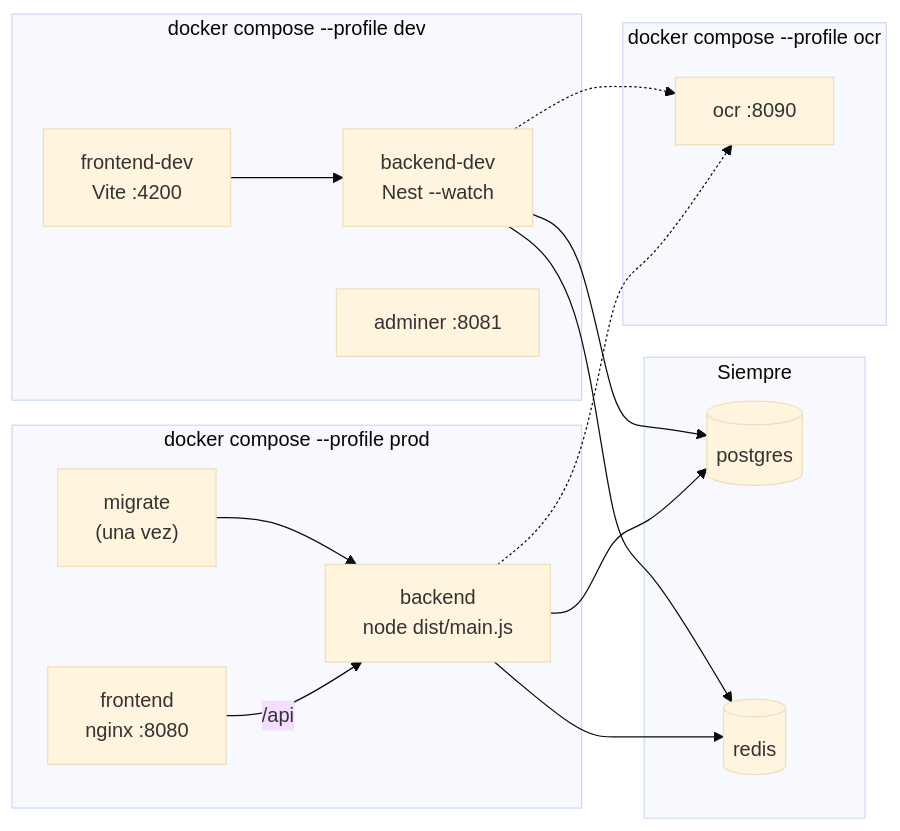
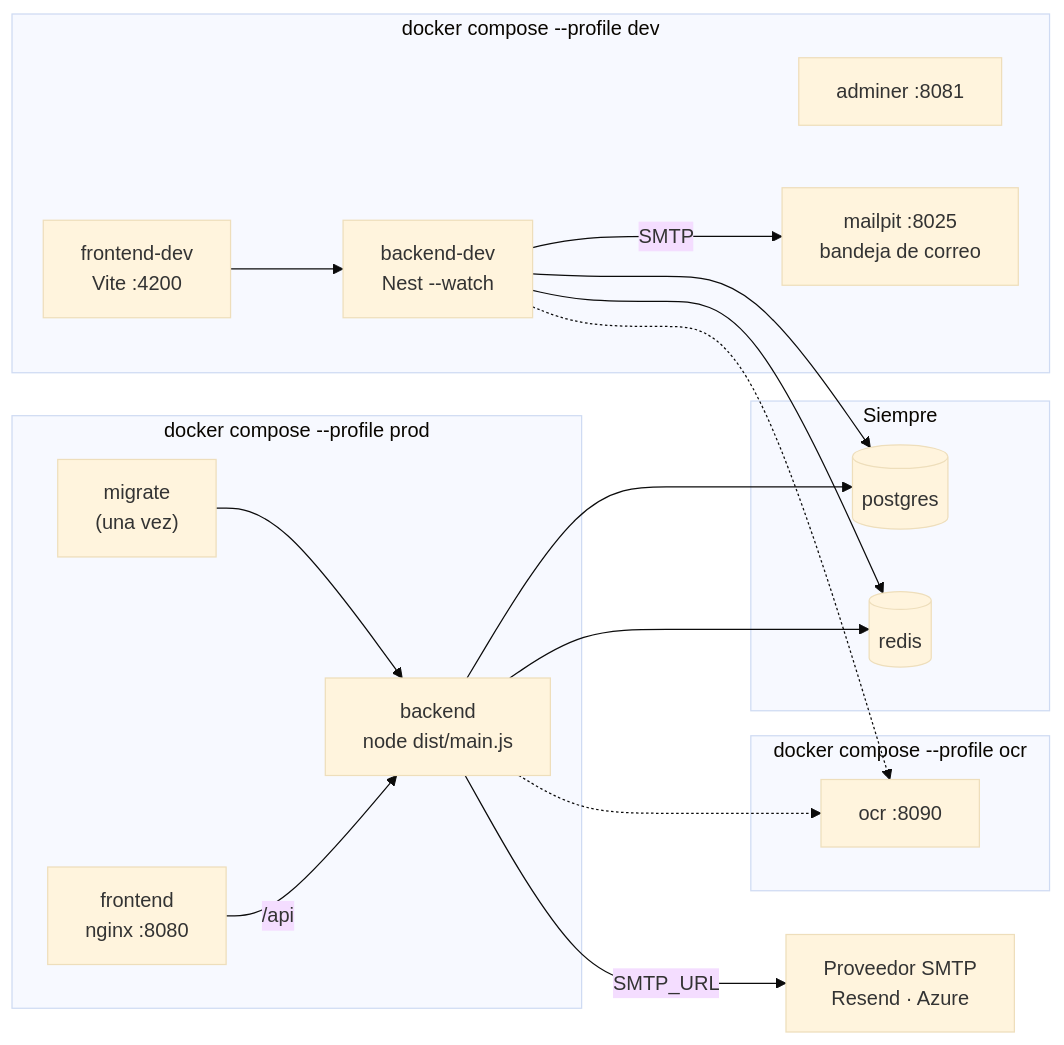
Before and after one commit to dotforeach/commit: the diagram in docs/operacion.md, drawn with Mermaid (base theme). The commit also changed 7 other files, not shown here.

First line of the commit message:
Documentación: correo y ciclo de la cuenta en diagramas

````diff
--- a/docs/operacion.md
+++ b/docs/operacion.md
@@ -7,22 +7,25 @@
 ```mermaid
 flowchart LR
     subgraph dev["docker compose --profile dev"]
         FD["frontend-dev<br/>Vite :4200"] --> BD["backend-dev<br/>Nest --watch"]
         AD["adminer :8081"]
+        MP["mailpit :8025<br/>bandeja de correo"]
+        BD -->|SMTP| MP
     end
     subgraph prod["docker compose --profile prod"]
         MG["migrate<br/>(una vez)"] --> BP["backend<br/>node dist/main.js"]
         FP["frontend<br/>nginx :8080"] -->|/api| BP
     end
     subgraph comunes["Siempre"]
         PG[("postgres")]
         RD[("redis")]
     end
     subgraph opt["docker compose --profile ocr"]
         OCR["ocr :8090"]
     end
     BD --> PG & RD
     BP --> PG & RD
     BD -.-> OCR
     BP -.-> OCR
+    BP -->|SMTP_URL| EXT["Proveedor SMTP<br/>Resend · Azure"]
 ```
````
